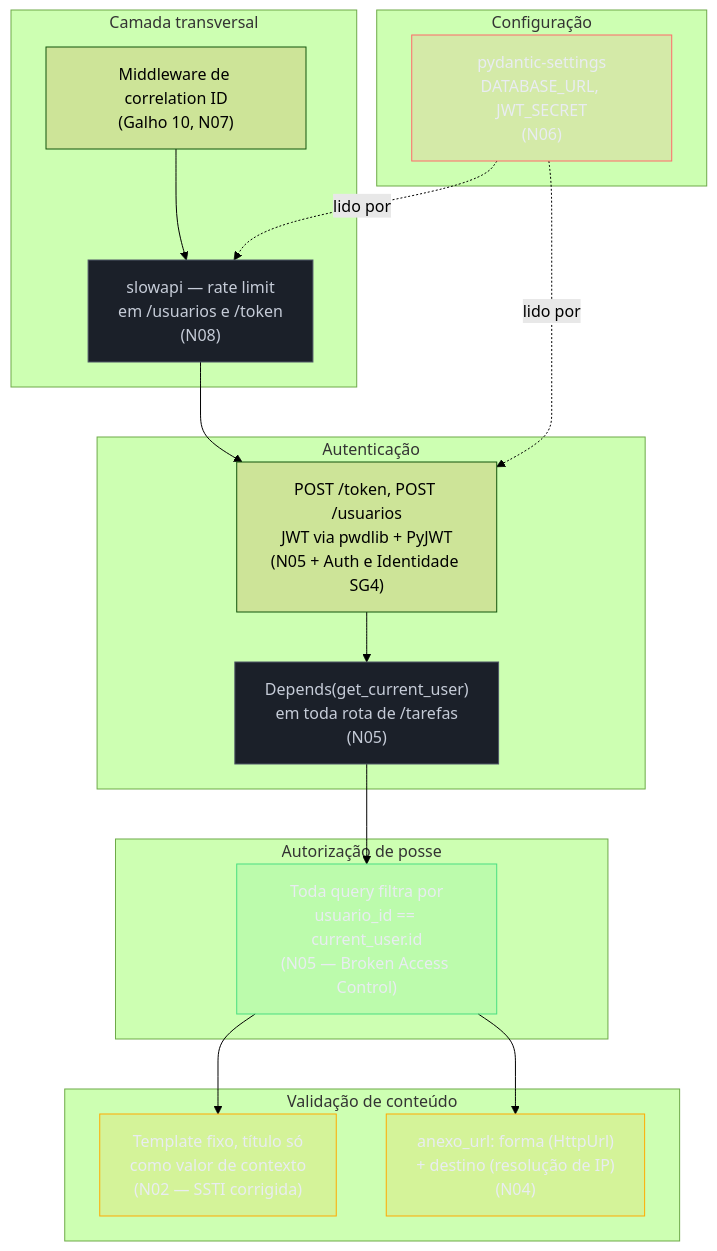
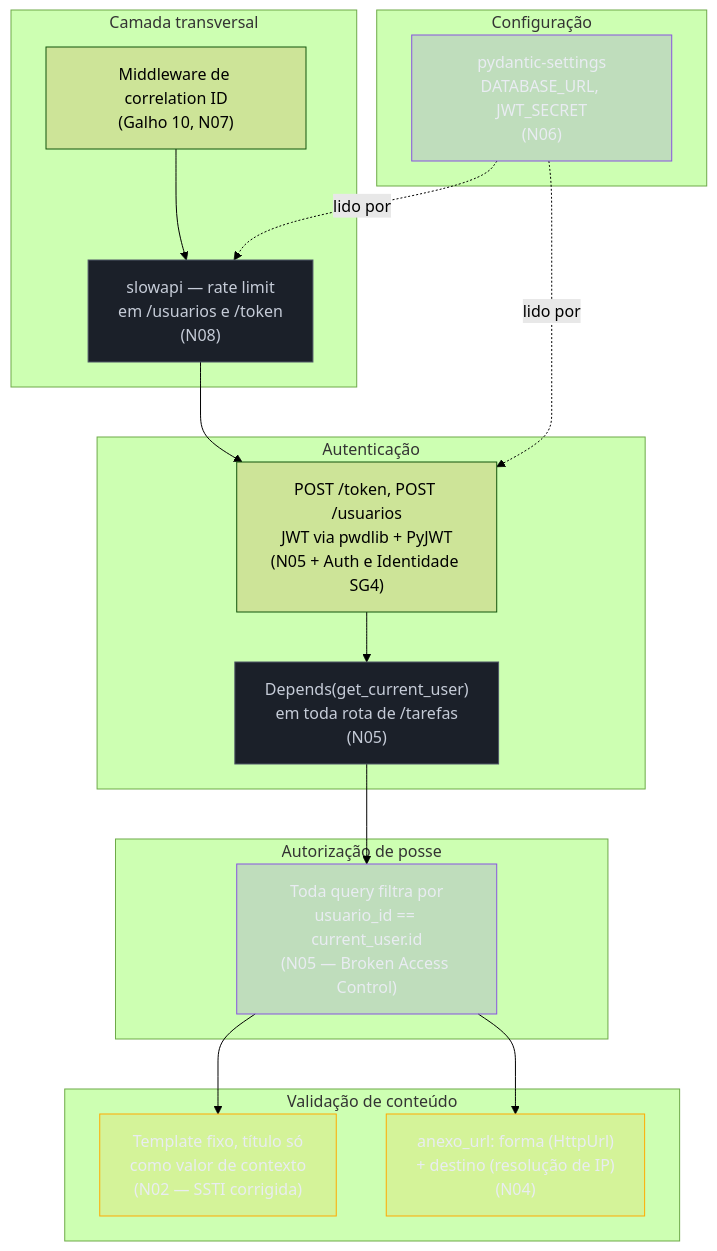
The third of 3 diagrams in 03-Dominios/Tecnologia/Python/Segurança/09 - Capstone — hardening da API do Galho 10.md (josenaldo/codex-technomanticus), drawn with Mermaid (forest theme) before and after one commit. The commit also changed other lines of this file and 601 other files, not shown here.

````diff
--- a/03-Dominios/Tecnologia/Python/Segurança/09 - Capstone — hardening da API do Galho 10.md
+++ b/03-Dominios/Tecnologia/Python/Segurança/09 - Capstone — hardening da API do Galho 10.md
@@ -598,41 +598,40 @@
 ```mermaid
 flowchart TB
+    classDef marca fill:#8855DF33,stroke:#8855DF,color:#E9ECF2
     classDef neutro fill:#1B2029,stroke:#4E5666,color:#C6CCD8
-    classDef ok fill:#4ADE8021,stroke:#4ADE80,color:#E9ECF2
     classDef destaque fill:#FFAA0024,stroke:#FFAA00,color:#E9ECF2
-    classDef falha fill:#FF6B6B24,stroke:#FF6B6B,color:#E9ECF2
     subgraph Entrada["Camada transversal"]
         MW["Middleware de correlation ID\n(Galho 10, N07)"]
         RL["slowapi — rate limit\nem /usuarios e /token\n(N08)"]
     end
 
     subgraph AuthCamada["Autenticação"]
         TOKEN["POST /token, POST /usuarios\nJWT via pwdlib + PyJWT\n(N05 + Auth e Identidade SG4)"]
         DEP_AUTH["Depends(get_current_user)\nem toda rota de /tarefas\n(N05)"]
     end
 
     subgraph Autorizacao["Autorização de posse"]
         FILTRO["Toda query filtra por\nusuario_id == current_user.id\n(N05 — Broken Access Control)"]
     end
 
     subgraph Conteudo["Validação de conteúdo"]
         SSTI["Template fixo, título só\ncomo valor de contexto\n(N02 — SSTI corrigida)"]
         DEST["anexo_url: forma (HttpUrl)\n+ destino (resolução de IP)\n(N04)"]
     end
 
     subgraph Config["Configuração"]
         SET["pydantic-settings\nDATABASE_URL, JWT_SECRET\n(N06)"]
     end
 
     MW --> RL --> TOKEN --> DEP_AUTH --> FILTRO --> SSTI
     FILTRO --> DEST
     SET -.->|"lido por"| TOKEN
     SET -.->|"lido por"| RL
 
     class RL neutro
     class DEP_AUTH neutro
-    class FILTRO ok
+    class FILTRO marca
     class SSTI destaque
     class DEST destaque
-    class SET falha
+    class SET marca
 ```
````
